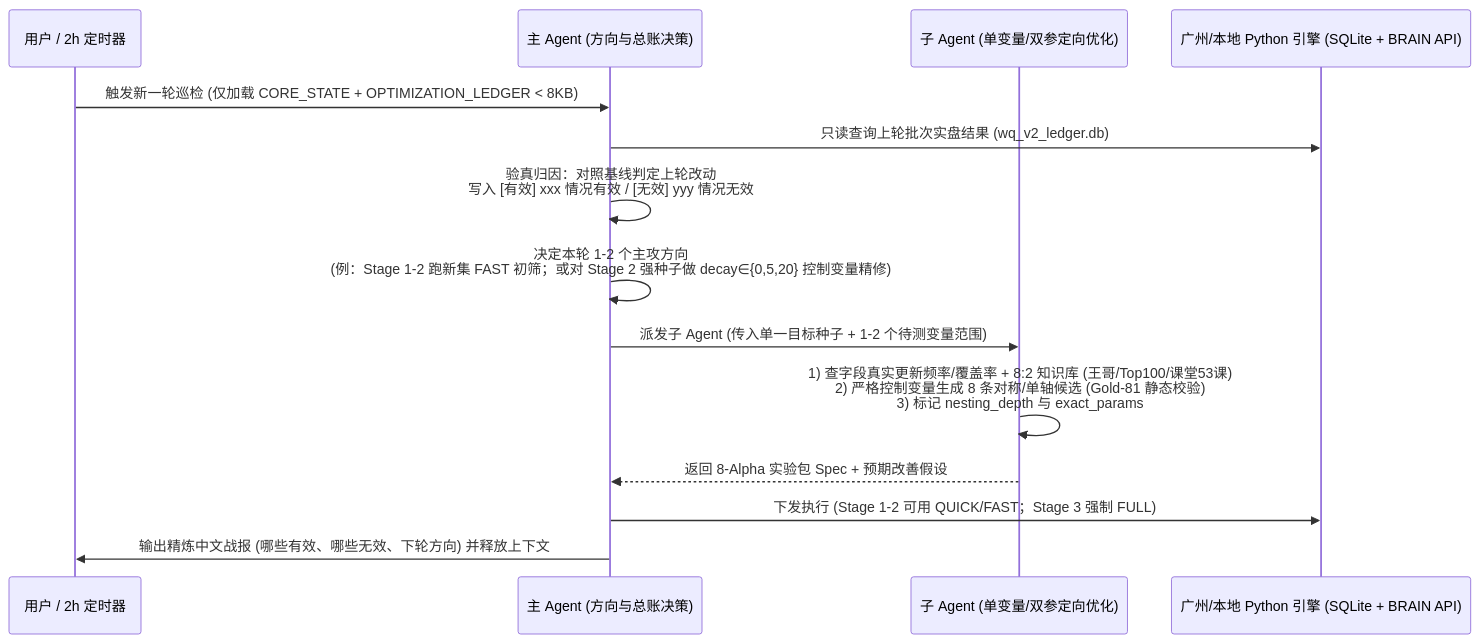
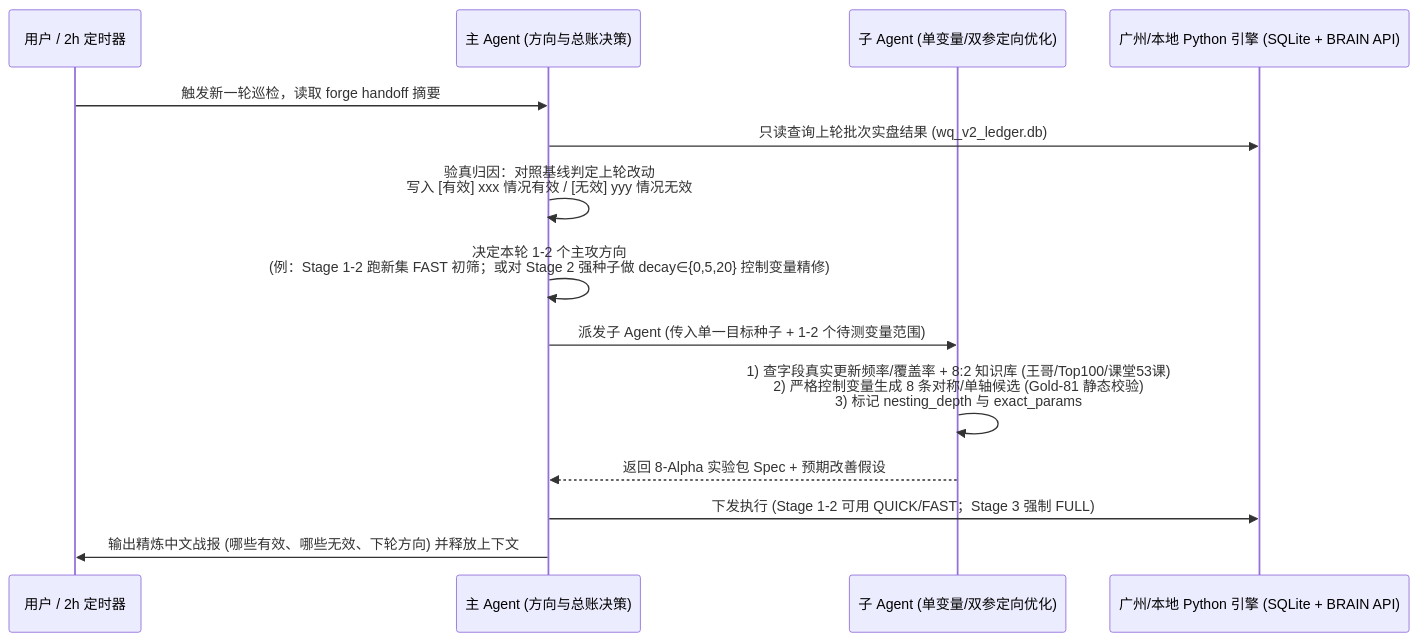
Before and after one commit to LuckDogGuan/wq_learn: the diagram in docs/agents/HANDOFF_GUIDE.md, drawn with Mermaid. The commit also changed other lines of this file, not shown here.

First line of the commit message:
docs(agents): align handoff guide with forge handoff startup

````diff
--- a/docs/agents/HANDOFF_GUIDE.md
+++ b/docs/agents/HANDOFF_GUIDE.md
@@ -37,17 +33,17 @@
 ```mermaid
 sequenceDiagram
     participant U as 用户 / 2h 定时器
     participant M as 主 Agent (方向与总账决策)
     participant S as 子 Agent (单变量/双参定向优化)
     participant E as 广州/本地 Python 引擎 (SQLite + BRAIN API)
 
-    U->>M: 触发新一轮巡检 (仅加载 CORE_STATE + OPTIMIZATION_LEDGER < 8KB)
+    U->>M: 触发新一轮巡检，读取 forge handoff 摘要
     M->>E: 只读查询上轮批次实盘结果 (wq_v2_ledger.db)
     M->>M: 验真归因：对照基线判定上轮改动<br/>写入 [有效] xxx 情况有效 / [无效] yyy 情况无效
     M->>M: 决定本轮 1-2 个主攻方向<br/>(例：Stage 1-2 跑新集 FAST 初筛；或对 Stage 2 强种子做 decay∈{0,5,20} 控制变量精修)
     M->>S: 派发子 Agent (传入单一目标种子 + 1-2 个待测变量范围)
     S->>S: 1) 查字段真实更新频率/覆盖率 + 8:2 知识库 (王哥/Top100/课堂53课)<br/>2) 严格控制变量生成 8 条对称/单轴候选 (Gold-81 静态校验)<br/>3) 标记 nesting_depth 与 exact_params
     S-->>M: 返回 8-Alpha 实验包 Spec + 预期改善假设
     M->>E: 下发执行 (Stage 1-2 可用 QUICK/FAST；Stage 3 强制 FULL)
     M->>U: 输出精炼中文战报 (哪些有效、哪些无效、下轮方向) 并释放上下文
 ```
````
